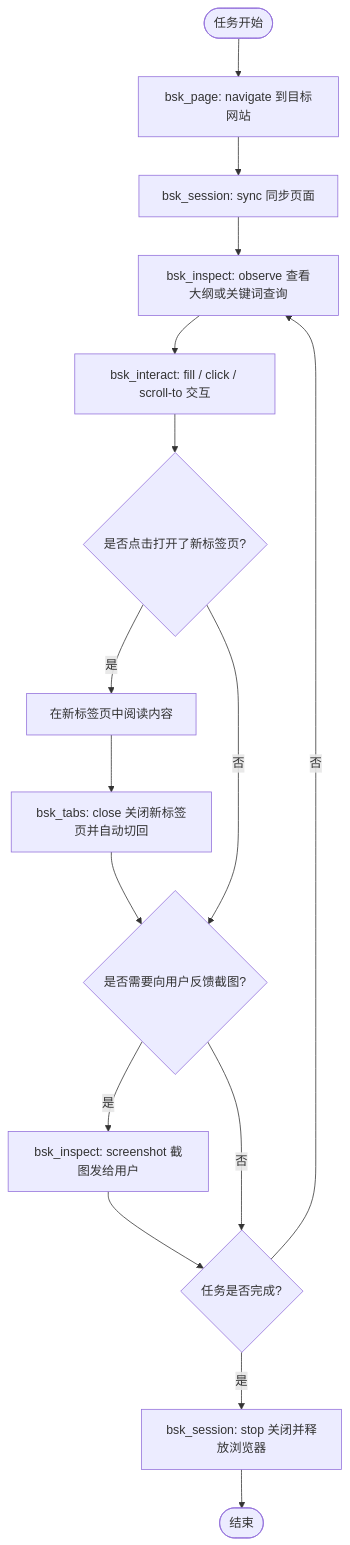
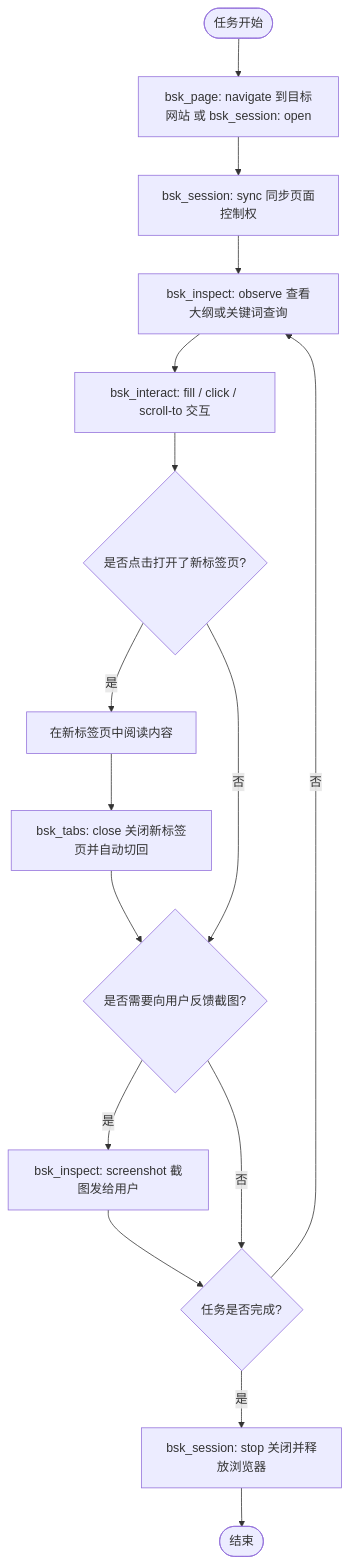
One commit to SmileYik/astrbot_plugin_bsk_browser changed the diagram in skill/bsk-browser/SKILL.md. Above: the diagram before and after it, drawn with Mermaid. The commit also changed other lines of this file and 2 other files, not shown here.

````diff
--- a/skill/bsk-browser/SKILL.md
+++ b/skill/bsk-browser/SKILL.md
@@ -96,18 +109,18 @@
 ```mermaid
 flowchart TD
-    Start([任务开始]) --> Open[bsk_page: navigate 到目标网站]
-    Open --> Sync[bsk_session: sync 同步页面]
+    Start([任务开始]) --> Open[bsk_page: navigate 到目标网站 或 bsk_session: open]
+    Open --> Sync[bsk_session: sync 同步页面控制权]
     Sync --> Observe[bsk_inspect: observe 查看大纲或关键词查询]
     Observe --> Act[bsk_interact: fill / click / scroll-to 交互]
     Act --> NewTabCheck{是否点击打开了新标签页?}
     NewTabCheck -- 是 --> ReadTab[在新标签页中阅读内容]
     ReadTab --> CloseTab[bsk_tabs: close 关闭新标签页并自动切回]
     CloseTab --> NextStep
     NewTabCheck -- 否 --> NextStep{是否需要向用户反馈截图?}
     NextStep -- 是 --> Shot[bsk_inspect: screenshot 截图发给用户]
     Shot --> Done{任务是否完成?}
     NextStep -- 否 --> Done
     Done -- 否 --> Observe
     Done -- 是 --> Close[bsk_session: stop 关闭并释放浏览器]
     Close --> End([结束])
 ```
````
